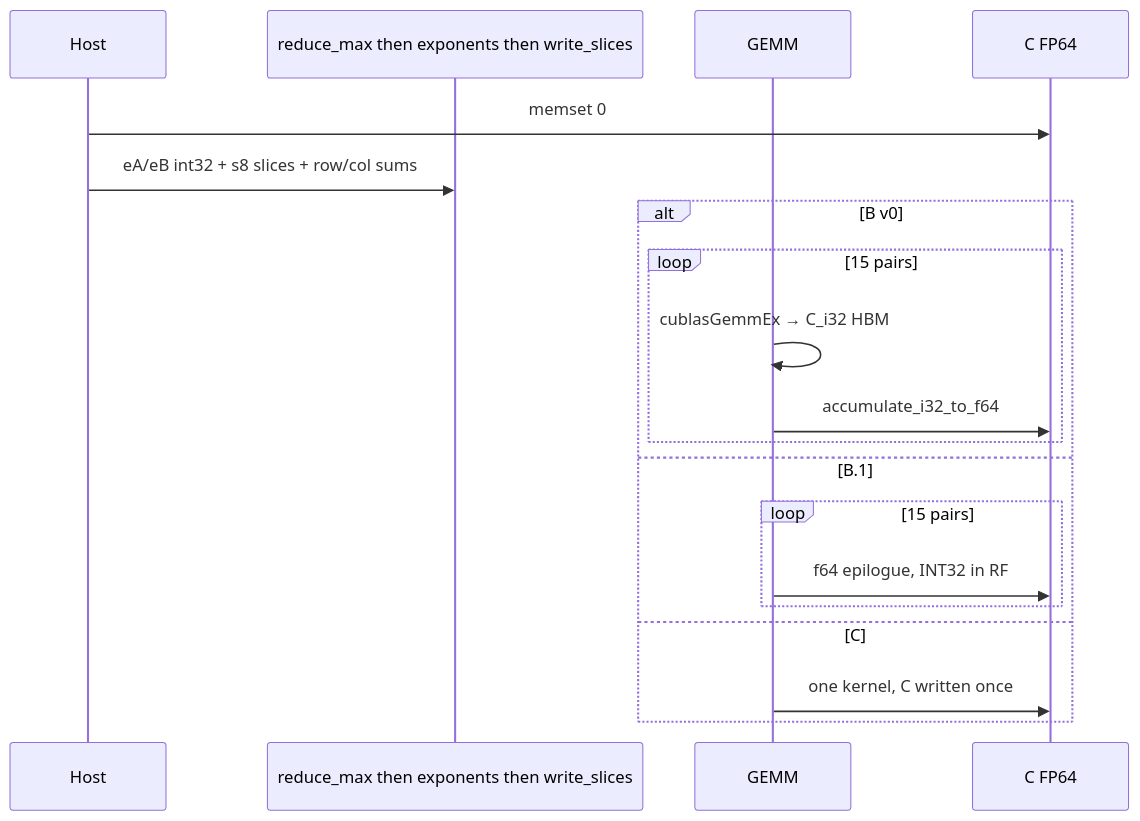
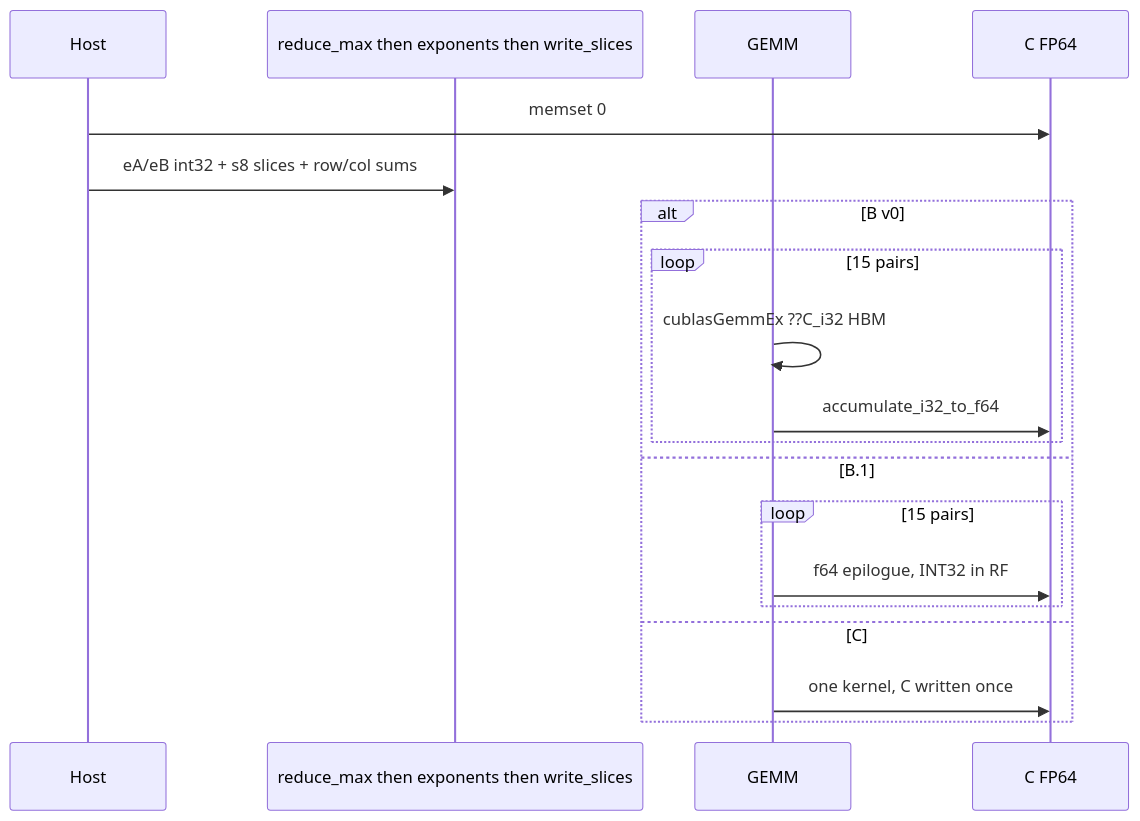
One commit to aloha1357/AdaptiveGEMM changed the third of 4 diagrams in docs2/SPEC_int8_peak.md. Above: the diagram before and after it, drawn with Mermaid. The commit also changed other lines of this file and 18 other files, not shown here.

````diff
--- a/docs2/SPEC_int8_peak.md
+++ b/docs2/SPEC_int8_peak.md
@@ -799,22 +799,22 @@
 ```mermaid
 sequenceDiagram
     participant H as Host
     participant P as reduce_max then exponents then write_slices
     participant G as GEMM
     participant C as C FP64
 
     H->>C: memset 0
     H->>P: eA/eB int32 + s8 slices + row/col sums
     alt B v0
         loop 15 pairs
-            G->>G: cublasGemmEx → C_i32 HBM
+            G->>G: cublasGemmEx ??C_i32 HBM
             G->>C: accumulate_i32_to_f64
         end
     else B.1
         loop 15 pairs
             G->>C: f64 epilogue, INT32 in RF
         end
     else C
         G->>C: one kernel, C written once
     end
 ```
````
